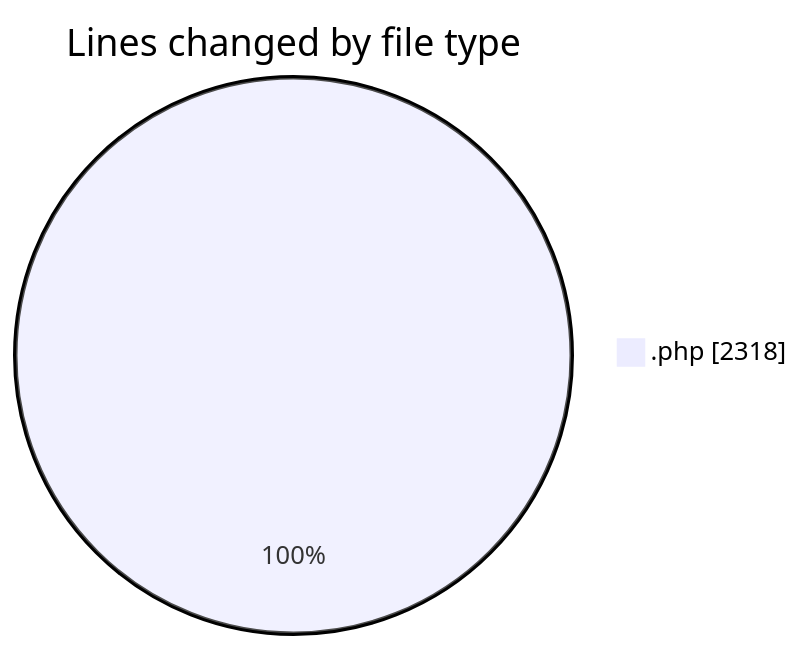
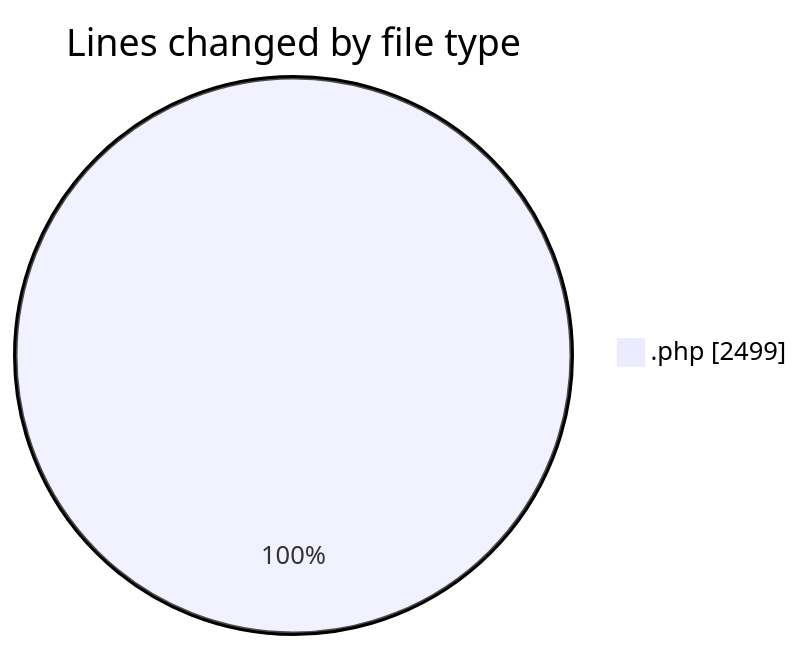
The first of 2 diagrams in 2026-10-20/untitled__workspace_/README.md (debugP/code-tracking), drawn with Mermaid before and after one commit. The commit also changed other lines of this file and 1 other file, not shown here.

````diff
--- a/2026-10-20/untitled__workspace_/README.md
+++ b/2026-10-20/untitled__workspace_/README.md
@@ -20,5 +20,5 @@
 ```mermaid
 pie showData
 title Lines changed by file type
-".php" : 2318
+".php" : 2499
 ```
````
